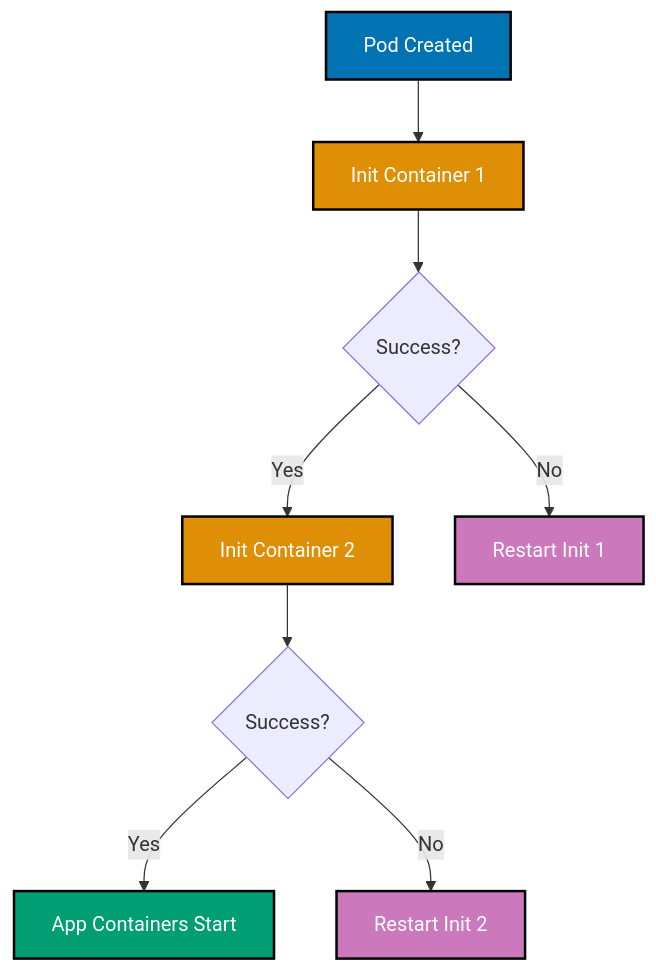
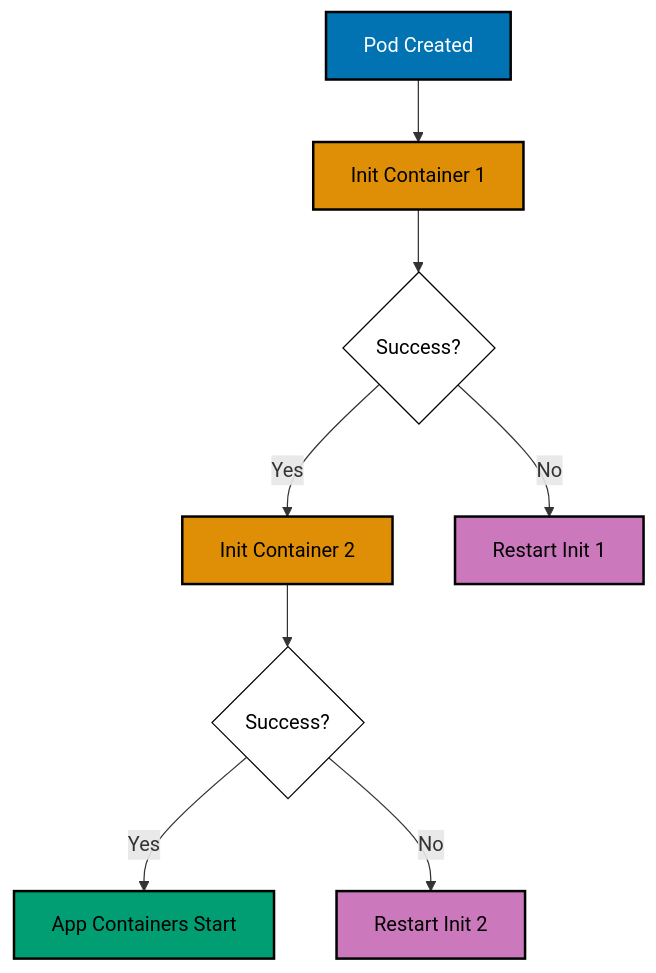
The third of 9 diagrams in apps/ayokoding-www/content/en/learn/legacy/software-engineering/infrastructure/tools/kubernetes/by-example/beginner.md (wahidyankf/ose-public), drawn with Mermaid before and after one commit. The commit also changed other lines of this file and 131 other files, not shown here.

First line of the commit message:
fix(mermaid): bring the legacy data, infrastructure, and testing diagrams onto the accessible palette

````diff
--- a/apps/ayokoding-www/content/en/learn/legacy/software-engineering/infrastructure/tools/kubernetes/by-example/beginner.md
+++ b/apps/ayokoding-www/content/en/learn/legacy/software-engineering/infrastructure/tools/kubernetes/by-example/beginner.md
@@ -370,19 +383,26 @@
 ```mermaid
 %% Color Palette: Blue #0173B2, Orange #DE8F05, Teal #029E73, Purple #CC78BC, Brown #CA9161
 %% Init container execution flow
 graph TD
+ accTitle: Example 7: Pod Init Containers
+ accDescr: Graph with 8 nodes and 7 connections. Nodes: Pod Created, Init Container 1, Success?, Init Container 2, Restart Init 1, Success?, App Containers Start, Restart Init 2. Connections: Pod Created to Init Container 1, Init Container 1 to Success?, Success? to Init Container 2 (Yes), Success? to Restart Init 1 (No), Init Container 2 to Success?, Success? to App Containers Start (Yes), Success? to Restart Init 2 (No).
  A[Pod Created] --> B[Init Container 1]
  B --> C{Success?}
  C -->|Yes| D[Init Container 2]
  C -->|No| E[Restart Init 1]
  D --> F{Success?}
  F -->|Yes| G[App Containers Start]
  F -->|No| H[Restart Init 2]
 
- style A fill:#0173B2,stroke:#000000,stroke-width:2px,color:#fff
- style B fill:#DE8F05,stroke:#000000,stroke-width:2px,color:#fff
- style D fill:#DE8F05,stroke:#000000,stroke-width:2px,color:#fff
- style G fill:#029E73,stroke:#000000,stroke-width:2px,color:#fff
- style E fill:#CC78BC,stroke:#000000,stroke-width:2px,color:#fff
- style H fill:#CC78BC,stroke:#000000,stroke-width:2px,color:#fff
+ classDef pal-0173B2 fill:#0173B2,stroke:#000000,color:#FFFFFF,stroke-width:2px
+ class A pal-0173B2
+ classDef pal-DE8F05 fill:#DE8F05,stroke:#000000,color:#000000,stroke-width:2px
+ class B pal-DE8F05
+ class D pal-DE8F05
+ classDef pal-029E73 fill:#029E73,stroke:#000000,color:#000000,stroke-width:2px
+ class G pal-029E73
+ classDef pal-CC78BC fill:#CC78BC,stroke:#000000,color:#000000,stroke-width:2px
+ class E pal-CC78BC
+ class H pal-CC78BC
+ classDef default fill:#FFFFFF,stroke:#000000,color:#000000
 ```
````
